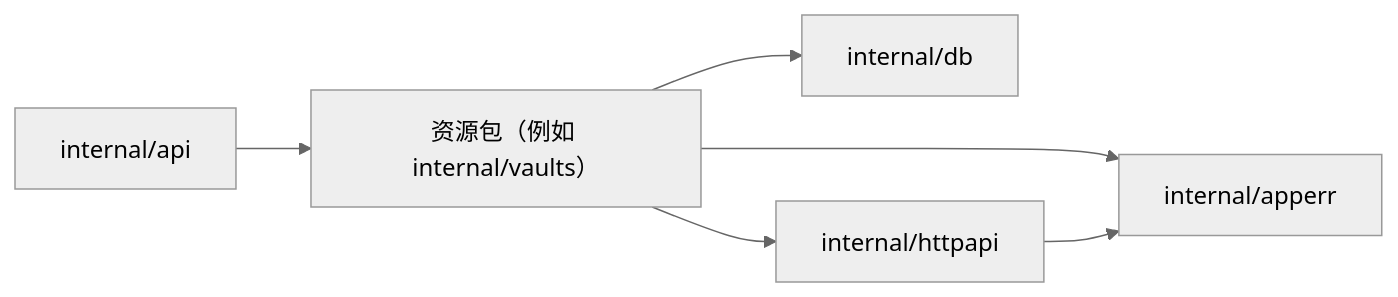
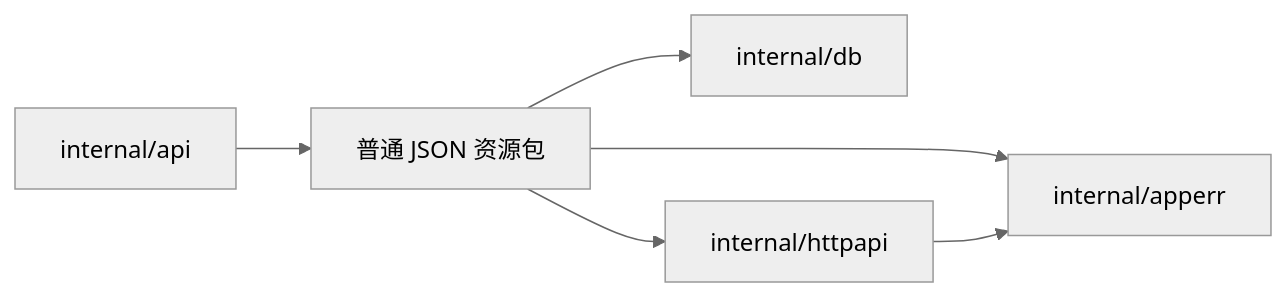
Before and after one commit to Postroggy/open-managed-agents: the diagram in docs/design/be/http-platform-workbench-boundaries.md, drawn with Mermaid (neutral theme). The commit also changed other lines of this file and 29 other files, not shown here.

````diff
--- a/docs/design/be/http-platform-workbench-boundaries.md
+++ b/docs/design/be/http-platform-workbench-boundaries.md
@@ -50,8 +51,8 @@
 ```mermaid
 flowchart LR
-    API["internal/api"] --> Vaults["资源包（例如 internal/vaults）"]
-    Vaults --> DB["internal/db"]
-    Vaults --> HTTP["internal/httpapi"]
-    Vaults --> AppErr["internal/apperr"]
+    API["internal/api"] --> Resources["普通 JSON 资源包"]
+    Resources --> DB["internal/db"]
+    Resources --> HTTP["internal/httpapi"]
+    Resources --> AppErr["internal/apperr"]
     HTTP --> AppErr
 ```
````
